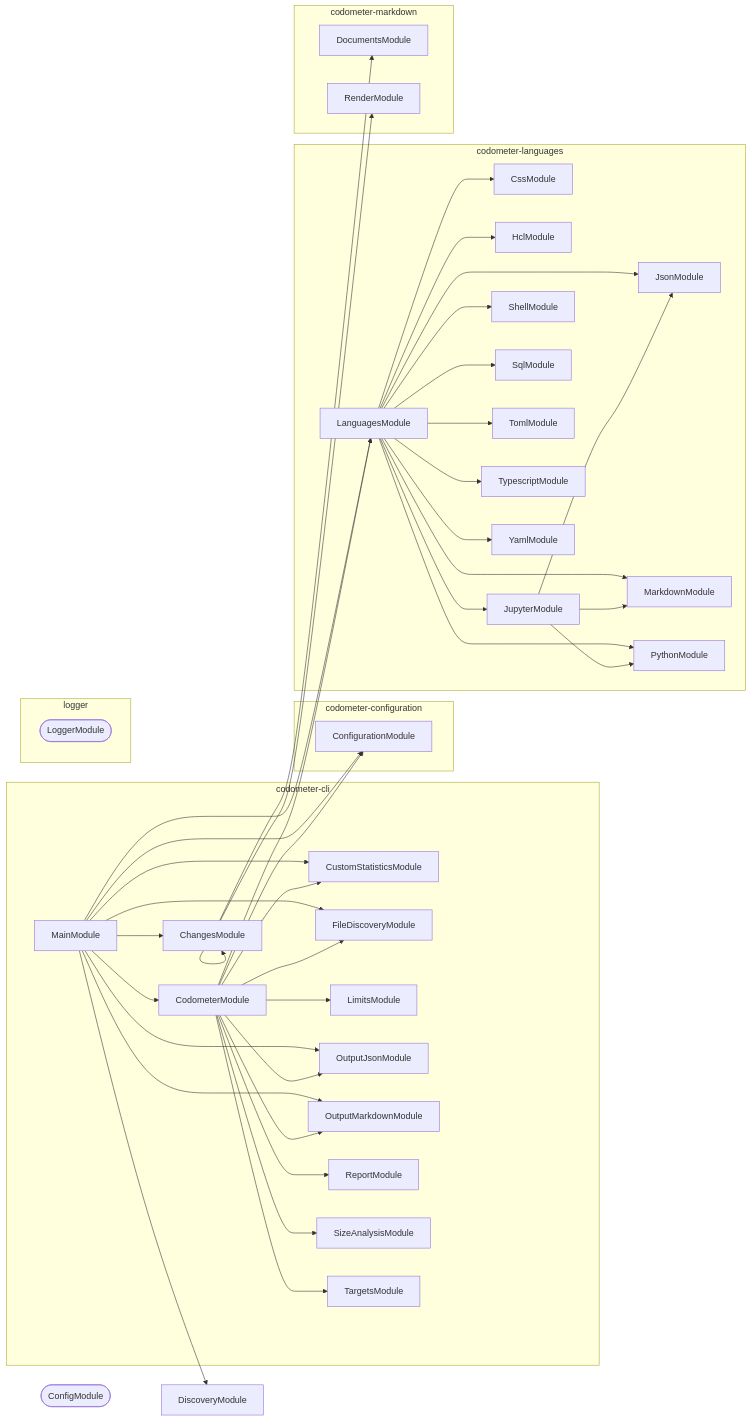
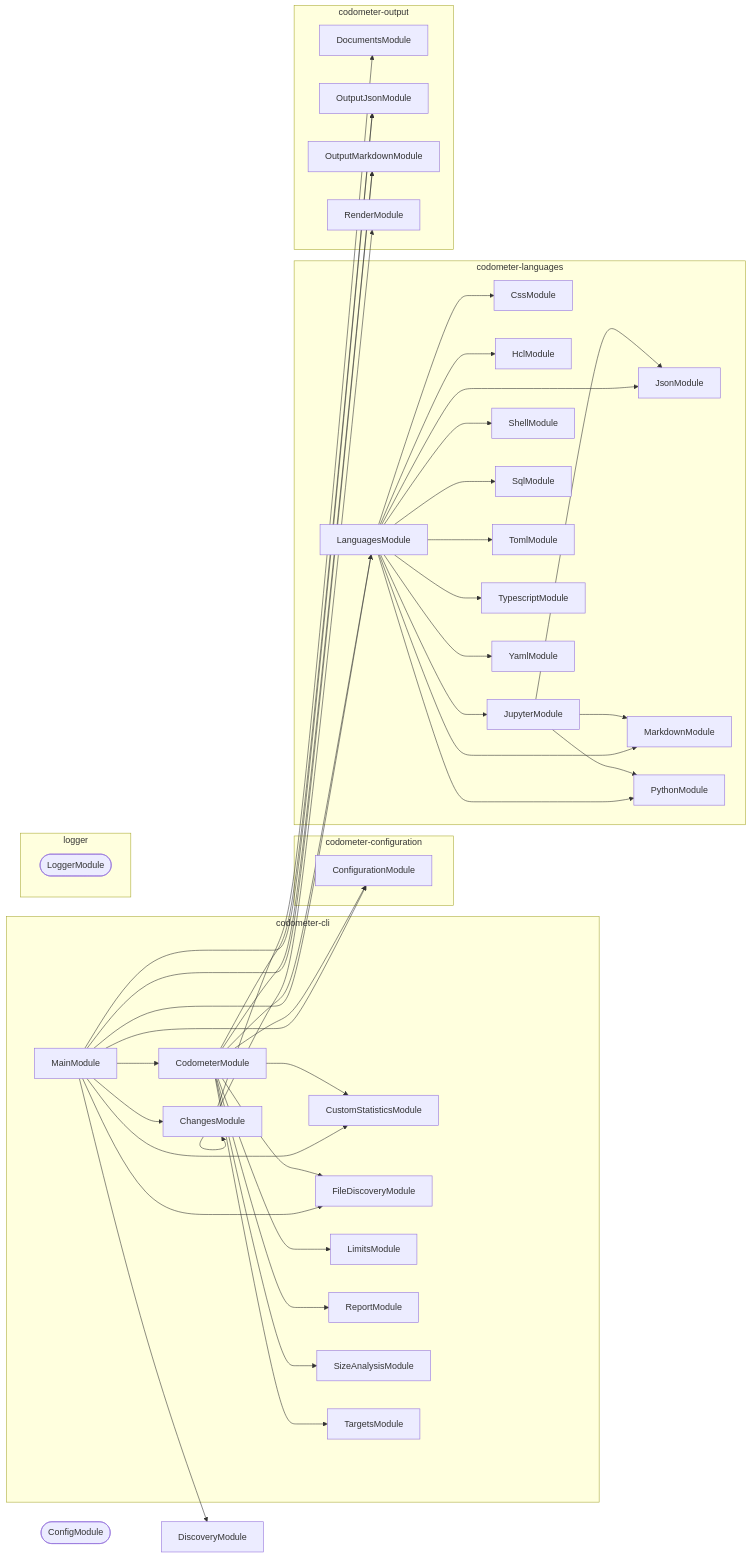
The second of 2 diagrams in packages/codometer-cli/README.md (JimmyPaolini/codebase), drawn with Mermaid before and after one commit. The commit also changed other lines of this file and 63 other files, not shown here.

Commit message:
feat(codometer): ✨ consolidate output rendering into codometer-output

````diff
--- a/packages/codometer-cli/README.md
+++ b/packages/codometer-cli/README.md
@@ -456,78 +456,78 @@
 ```mermaid
 flowchart LR
   subgraph group0["codometer-cli"]
     ChangesModule
     CodometerModule
     CustomStatisticsModule
     FileDiscoveryModule
     LimitsModule
     MainModule
-    OutputJsonModule
-    OutputMarkdownModule
     ReportModule
     SizeAnalysisModule
     TargetsModule
   end
   subgraph group1["codometer-configuration"]
     ConfigurationModule
   end
   subgraph group2["codometer-languages"]
     CssModule
     HclModule
     JsonModule
     JupyterModule
     LanguagesModule
     MarkdownModule
     PythonModule
     ShellModule
     SqlModule
     TomlModule
     TypescriptModule
     YamlModule
   end
-  subgraph group3["codometer-markdown"]
+  subgraph group3["codometer-output"]
     DocumentsModule
+    OutputJsonModule
+    OutputMarkdownModule
     RenderModule
   end
   subgraph group4["logger"]
     LoggerModule([LoggerModule])
   end
   ConfigModule([ConfigModule])
   DiscoveryModule
   ChangesModule --> ChangesModule
   ChangesModule --> DocumentsModule
   ChangesModule --> RenderModule
   CodometerModule --> ConfigurationModule
   CodometerModule --> CustomStatisticsModule
   CodometerModule --> FileDiscoveryModule
   CodometerModule --> LanguagesModule
   CodometerModule --> LimitsModule
   CodometerModule --> OutputJsonModule
   CodometerModule --> OutputMarkdownModule
   CodometerModule --> ReportModule
   CodometerModule --> SizeAnalysisModule
   CodometerModule --> TargetsModule
   JupyterModule --> JsonModule
   JupyterModule --> MarkdownModule
   JupyterModule --> PythonModule
   LanguagesModule --> CssModule
   LanguagesModule --> HclModule
   LanguagesModule --> JsonModule
   LanguagesModule --> JupyterModule
   LanguagesModule --> MarkdownModule
   LanguagesModule --> PythonModule
   LanguagesModule --> ShellModule
   LanguagesModule --> SqlModule
   LanguagesModule --> TomlModule
   LanguagesModule --> TypescriptModule
   LanguagesModule --> YamlModule
   MainModule --> ChangesModule
   MainModule --> CodometerModule
   MainModule --> ConfigurationModule
   MainModule --> CustomStatisticsModule
   MainModule --> DiscoveryModule
   MainModule --> FileDiscoveryModule
   MainModule --> LanguagesModule
   MainModule --> OutputJsonModule
   MainModule --> OutputMarkdownModule
 ```
````
